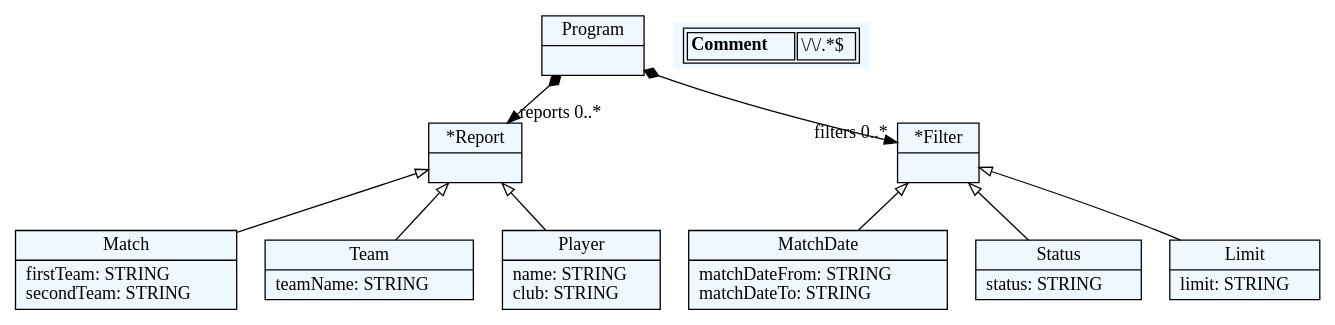
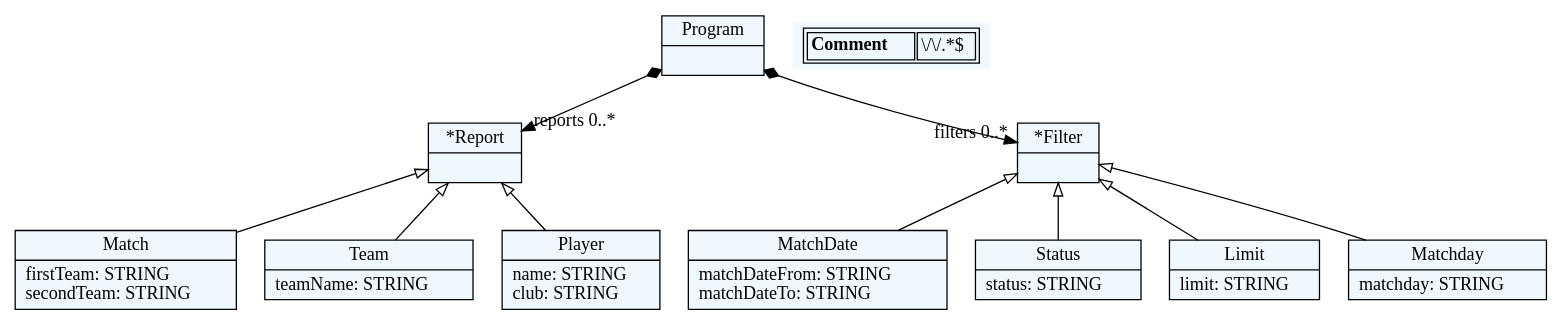
The diagram in match_reporter/reporter_jsd/generated_files/dot_files/reporter.dot (Ana00000/JSD), drawn with Graphviz before and after one commit. The commit also changed 4 other files, not shown here.

```diff
--- a/match_reporter/reporter_jsd/generated_files/dot_files/reporter.dot
+++ b/match_reporter/reporter_jsd/generated_files/dot_files/reporter.dot
@@ -1,49 +1,52 @@
 
     digraph textX {
     fontname = "Bitstream Vera Sans"
     fontsize = 8
     node[
         shape=record,
         style=filled,
         fillcolor=aliceblue
     ]
     nodesep = 0.3
     edge[dir=black,arrowtail=empty]
 
 
-140308377248736[ label="{Program|}"]
+140193891553136[ label="{Program|}"]
 
-140308377252144[ label="{*Report|}"]
+140193891556544[ label="{*Report|}"]
 
-140308377255552[ label="{Match|firstTeam: STRING\lsecondTeam: STRING\l}"]
+140193891559952[ label="{Match|firstTeam: STRING\lsecondTeam: STRING\l}"]
 
-140308377258960[ label="{Team|teamName: STRING\l}"]
+140193891563360[ label="{Team|teamName: STRING\l}"]
 
-140308377262368[ label="{Player|name: STRING\lclub: STRING\l}"]
+140193891566768[ label="{Player|name: STRING\lclub: STRING\l}"]
 
-140308377265776[ label="{*Filter|}"]
+140193891570176[ label="{*Filter|}"]
 
-140308377269184[ label="{MatchDate|matchDateFrom: STRING\lmatchDateTo: STRING\l}"]
+140193891573584[ label="{MatchDate|matchDateFrom: STRING\lmatchDateTo: STRING\l}"]
 
-140308377272592[ label="{Status|status: STRING\l}"]
+140193891576992[ label="{Status|status: STRING\l}"]
 
-140308377276000[ label="{Limit|limit: STRING\l}"]
+140193891580400[ label="{Limit|limit: STRING\l}"]
+
+140193891583808[ label="{Matchday|matchday: STRING\l}"]
 
 
 
-140308377248736 -> 140308377252144[arrowtail=diamond, dir=both, headlabel="reports 0..*"]
-140308377248736 -> 140308377265776[arrowtail=diamond, dir=both, headlabel="filters 0..*"]
-140308377252144 -> 140308377255552 [dir=back]
-140308377252144 -> 140308377258960 [dir=back]
-140308377252144 -> 140308377262368 [dir=back]
-140308377265776 -> 140308377269184 [dir=back]
-140308377265776 -> 140308377272592 [dir=back]
-140308377265776 -> 140308377276000 [dir=back]
+140193891553136 -> 140193891556544[arrowtail=diamond, dir=both, headlabel="reports 0..*"]
+140193891553136 -> 140193891570176[arrowtail=diamond, dir=both, headlabel="filters 0..*"]
+140193891556544 -> 140193891559952 [dir=back]
+140193891556544 -> 140193891563360 [dir=back]
+140193891556544 -> 140193891566768 [dir=back]
+140193891570176 -> 140193891573584 [dir=back]
+140193891570176 -> 140193891576992 [dir=back]
+140193891570176 -> 140193891580400 [dir=back]
+140193891570176 -> 140193891583808 [dir=back]
 match_rules [ shape=plaintext, label=< <table>
 	<tr>
 		<td><b>Comment</b></td><td>\/\/.*$</td>
 	</tr>
 </table> >]
 
 
 }
```
